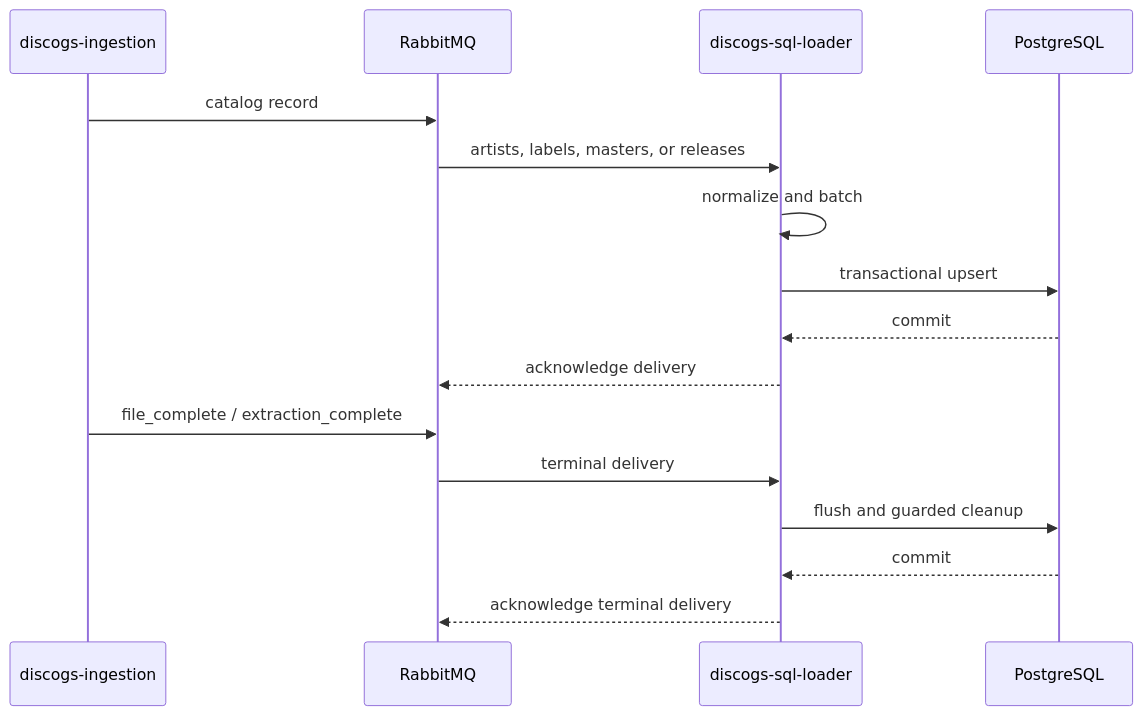
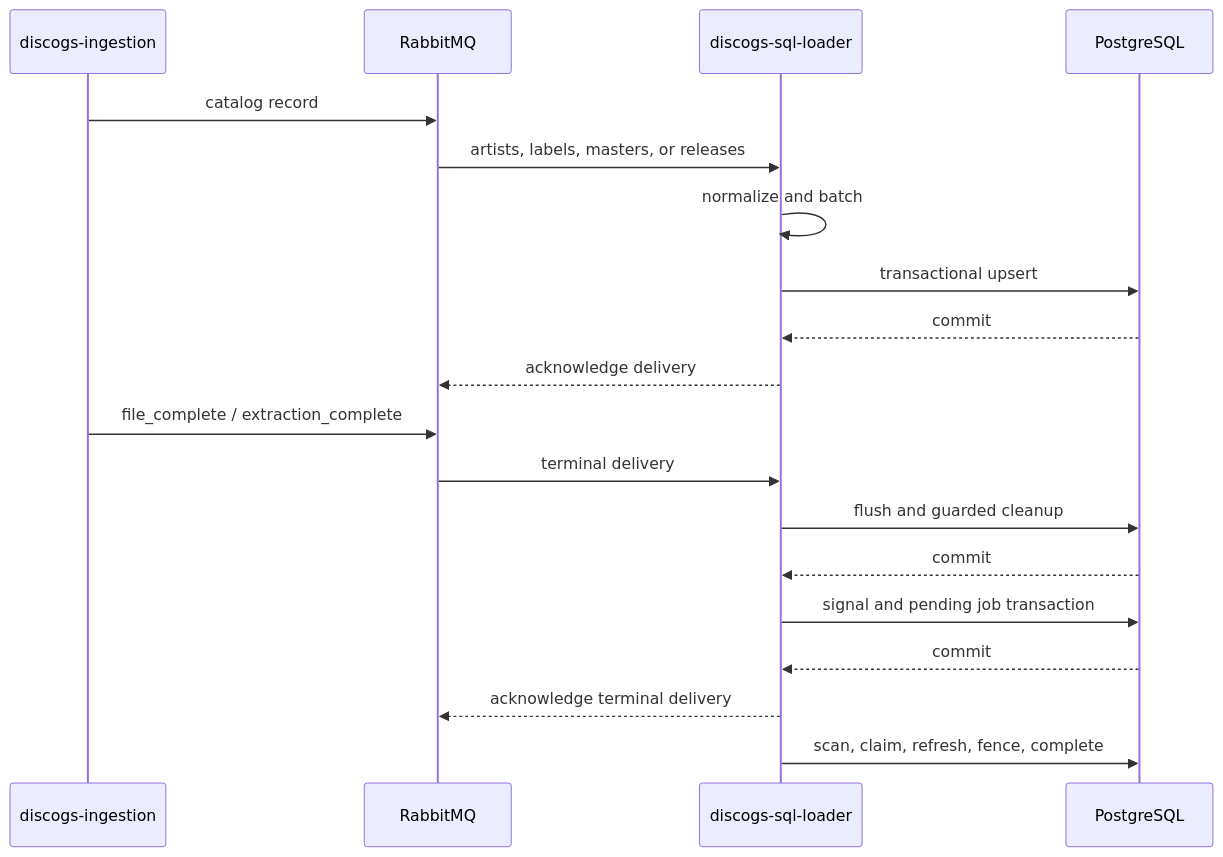
Before and after one commit to groovemap-music/discogs-sql-loader: the diagram in docs/operations.md, drawn with Mermaid. The commit also changed other lines of this file and 16 other files, not shown here.

````diff
--- a/docs/operations.md
+++ b/docs/operations.md
@@ -5,19 +5,22 @@
 ```mermaid
 sequenceDiagram
     participant I as discogs-ingestion
     participant R as RabbitMQ
     participant L as discogs-sql-loader
     participant P as PostgreSQL
 
     I->>R: catalog record
     R->>L: artists, labels, masters, or releases
     L->>L: normalize and batch
     L->>P: transactional upsert
     P-->>L: commit
     L-->>R: acknowledge delivery
     I->>R: file_complete / extraction_complete
     R->>L: terminal delivery
     L->>P: flush and guarded cleanup
     P-->>L: commit
+    L->>P: signal and pending job transaction
+    P-->>L: commit
     L-->>R: acknowledge terminal delivery
+    L->>P: scan, claim, refresh, fence, complete
 ```
````
